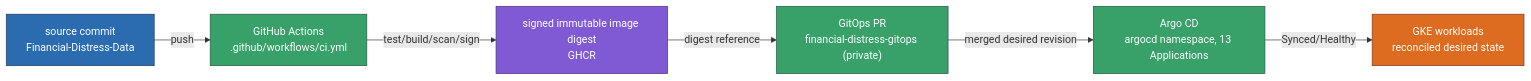
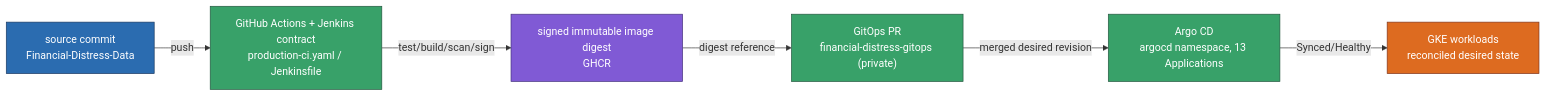
One commit to emanhthangngot/Financial-Distress-Data changed the diagram in docs/architecture/subsystem-06-gitops-cicd.mmd. Above: the diagram before and after it, drawn with Mermaid. The commit also changed 413 other files, not shown here.

```diff
--- a/docs/architecture/subsystem-06-gitops-cicd.mmd
+++ b/docs/architecture/subsystem-06-gitops-cicd.mmd
@@ -1,21 +1,21 @@
 %% Subsystem 6 — GitOps/CI-CD. Nodes trace to .github/workflows/*,
 %% the private financial-distress-gitops repo, and the argocd namespace.
 flowchart LR
     classDef edge fill:#2b6cb0,stroke:#1a365d,color:#fff
     classDef service fill:#38a169,stroke:#22543d,color:#fff
     classDef store fill:#805ad5,stroke:#44337a,color:#fff
     classDef model fill:#d69e2e,stroke:#744210,color:#fff
     classDef result fill:#dd6b20,stroke:#7b341e,color:#fff
 
     SRC["source commit<br/>Financial-Distress-Data"]:::edge
-    CI["GitHub Actions<br/>.github/workflows/ci.yml"]:::service
+    CI["GitHub Actions + Jenkins contract<br/>production-ci.yaml / Jenkinsfile"]:::service
     IMG["signed immutable image digest<br/>GHCR"]:::store
     GITOPS["GitOps PR<br/>financial-distress-gitops (private)"]:::service
     ARGO["Argo CD<br/>argocd namespace, 13 Applications"]:::service
     GKE["GKE workloads<br/>reconciled desired state"]:::result
 
     SRC -->|"push"| CI
     CI -->|"test/build/scan/sign"| IMG
     IMG -->|"digest reference"| GITOPS
     GITOPS -->|"merged desired revision"| ARGO
     ARGO -->|"Synced/Healthy"| GKE
```
